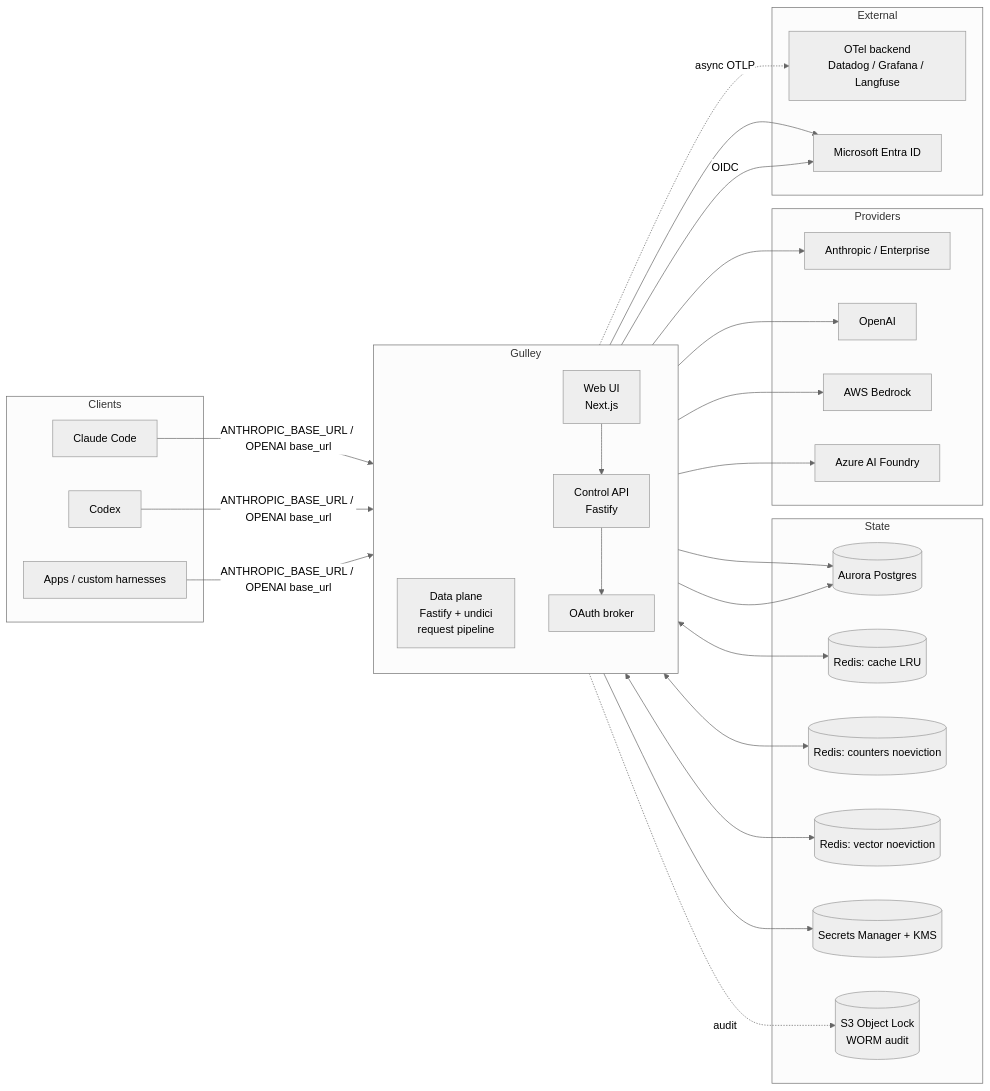
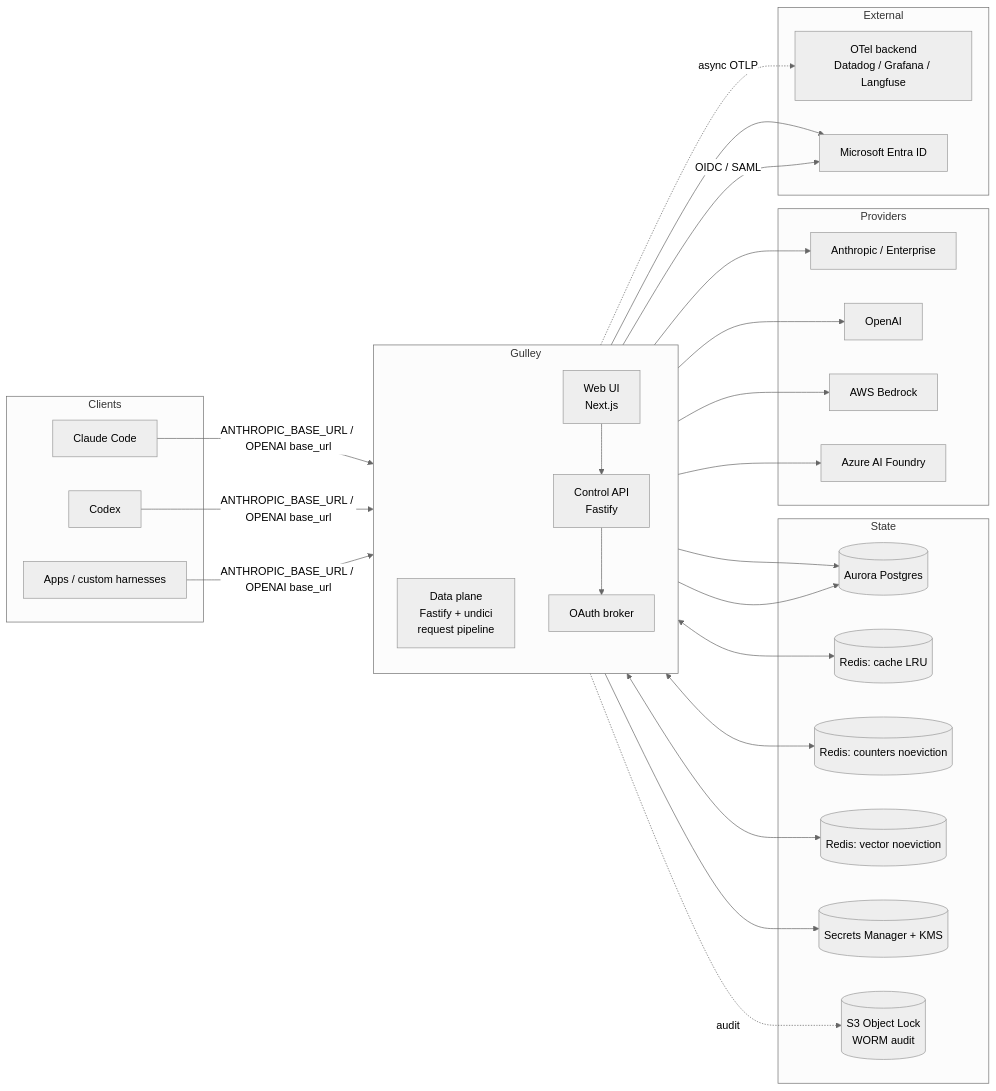
Before and after one commit to bogware/gulley: the first of 2 diagrams in docs/ARCHITECTURE.md, drawn with Mermaid (neutral theme). The commit also changed other lines of this file and 152 other files, not shown here.

````diff
--- a/docs/ARCHITECTURE.md
+++ b/docs/ARCHITECTURE.md
@@ -50,44 +50,44 @@
 ```mermaid
 flowchart LR
   subgraph Clients
     CC[Claude Code]
     CX[Codex]
     APP[Apps / custom harnesses]
   end
   subgraph Gulley
     direction TB
     GW[Data plane\nFastify + undici\nrequest pipeline]
     API[Control API\nFastify]
     UI[Web UI\nNext.js]
     BROKER[OAuth broker]
   end
   subgraph State
     PG[(Aurora Postgres)]
     RC[(Redis: cache LRU)]
     RK[(Redis: counters noeviction)]
     RV[(Redis: vector noeviction)]
     SM[(Secrets Manager + KMS)]
     S3[(S3 Object Lock\nWORM audit)]
   end
   subgraph Providers
     AN[Anthropic / Enterprise]
     OA[OpenAI]
     BR[AWS Bedrock]
     AZ[Azure AI Foundry]
   end
   subgraph External
     OTEL[OTel backend\nDatadog / Grafana / Langfuse]
     ENTRA[Microsoft Entra ID]
   end
 
   CC & CX & APP -->|ANTHROPIC_BASE_URL / OPENAI base_url| GW
   GW --> AN & OA & BR & AZ
   GW <--> RC & RK & RV
   GW --> PG
   GW -.audit.-> S3
   GW -.async OTLP.-> OTEL
   UI --> API --> PG
   API --> SM
   API --> BROKER --> ENTRA
-  UI -->|OIDC| ENTRA
+  UI -->|OIDC / SAML| ENTRA
 ```
````
